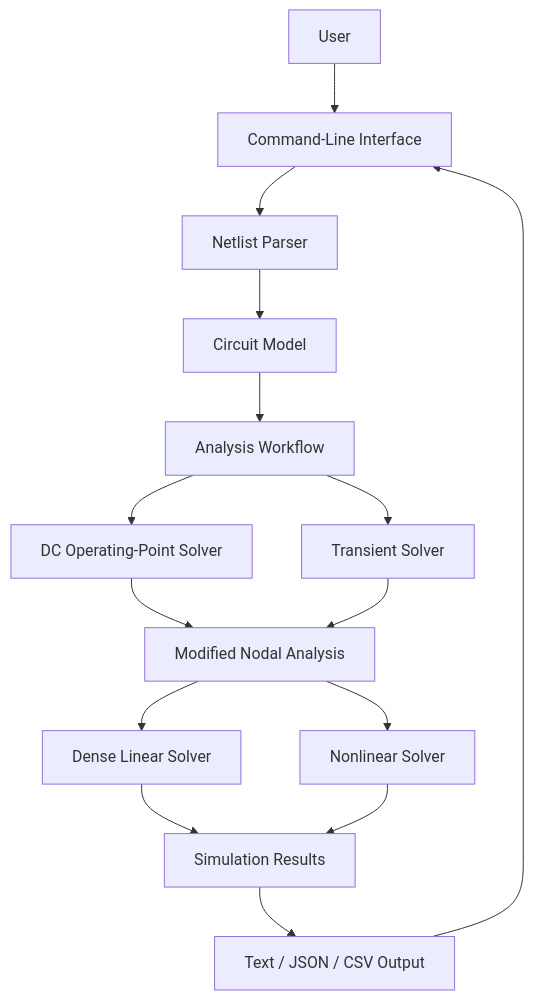
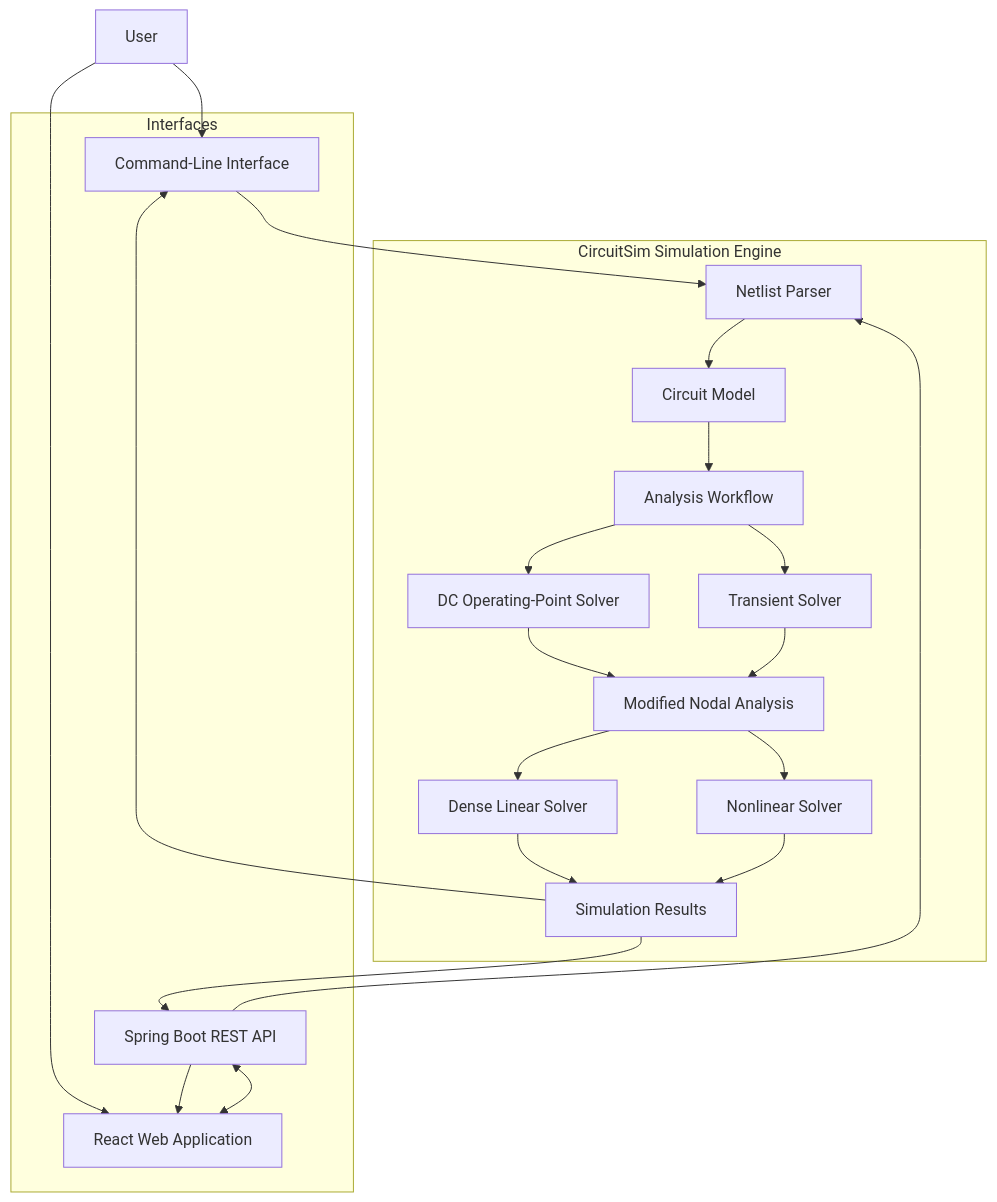
Before and after one commit to chriscr/CircuitSim: the diagram in README.md, drawn with Mermaid. The commit also changed other lines of this file and 78 other files, not shown here.

Commit message:
Add CircuitSim Release 2 API and web workbench

````diff
--- a/README.md
+++ b/README.md
@@ -126,30 +160,48 @@
-``` mermaid
+```mermaid
 flowchart TD
     User[User]
-    CLI[Command-Line Interface]
-    Parser[Netlist Parser]
-    Model[Circuit Model]
-    Analysis[Analysis Workflow]
-    DC[DC Operating-Point Solver]
-    Transient[Transient Solver]
-    MNA[Modified Nodal Analysis]
-    Linear[Dense Linear Solver]
-    Nonlinear[Nonlinear Solver]
-    Results[Simulation Results]
-    Output[Text / JSON / CSV Output]
+
+    subgraph Interfaces
+        CLI[Command-Line Interface]
+        API[Spring Boot REST API]
+        Web[React Web Application]
+    end
+
+    subgraph Engine["CircuitSim Simulation Engine"]
+        Parser[Netlist Parser]
+        Model[Circuit Model]
+        Analysis[Analysis Workflow]
+        DC[DC Operating-Point Solver]
+        Transient[Transient Solver]
+        MNA[Modified Nodal Analysis]
+        Linear[Dense Linear Solver]
+        Nonlinear[Nonlinear Solver]
+        Results[Simulation Results]
+    end
 
     User --> CLI
+    User --> Web
+
+    Web <--> API
     CLI --> Parser
+    API --> Parser
+
     Parser --> Model
     Model --> Analysis
+
     Analysis --> DC
     Analysis --> Transient
+
     DC --> MNA
     Transient --> MNA
+
     MNA --> Linear
     MNA --> Nonlinear
+
     Linear --> Results
     Nonlinear --> Results
-    Results --> Output
-    Output --> CLI
+
+    Results --> CLI
+    Results --> API
+    API --> Web
 ```
````
